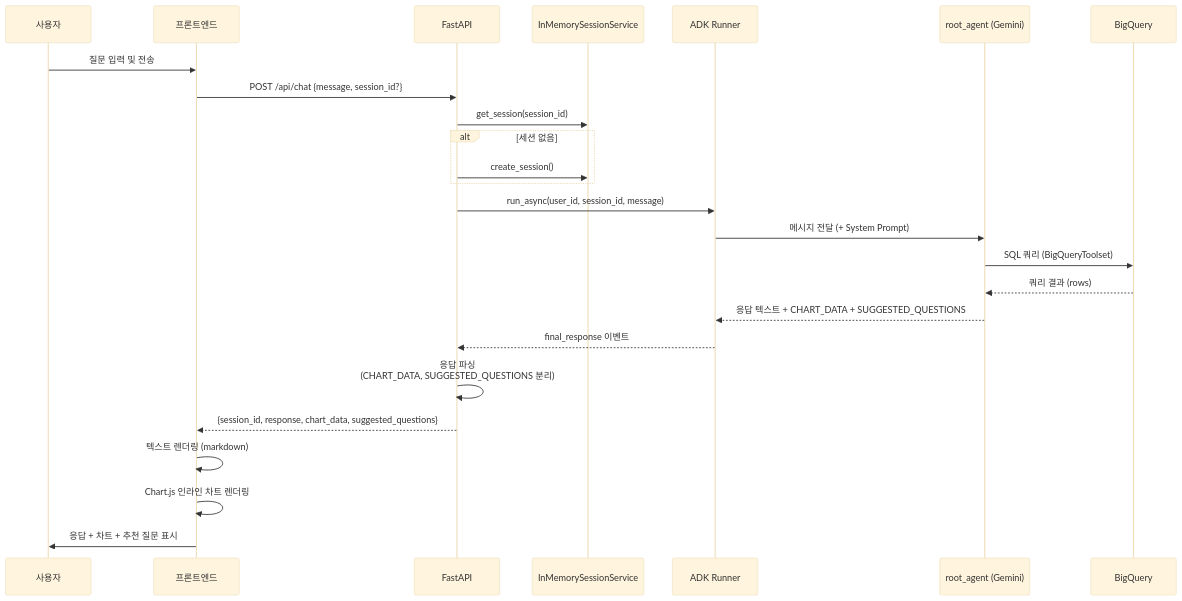
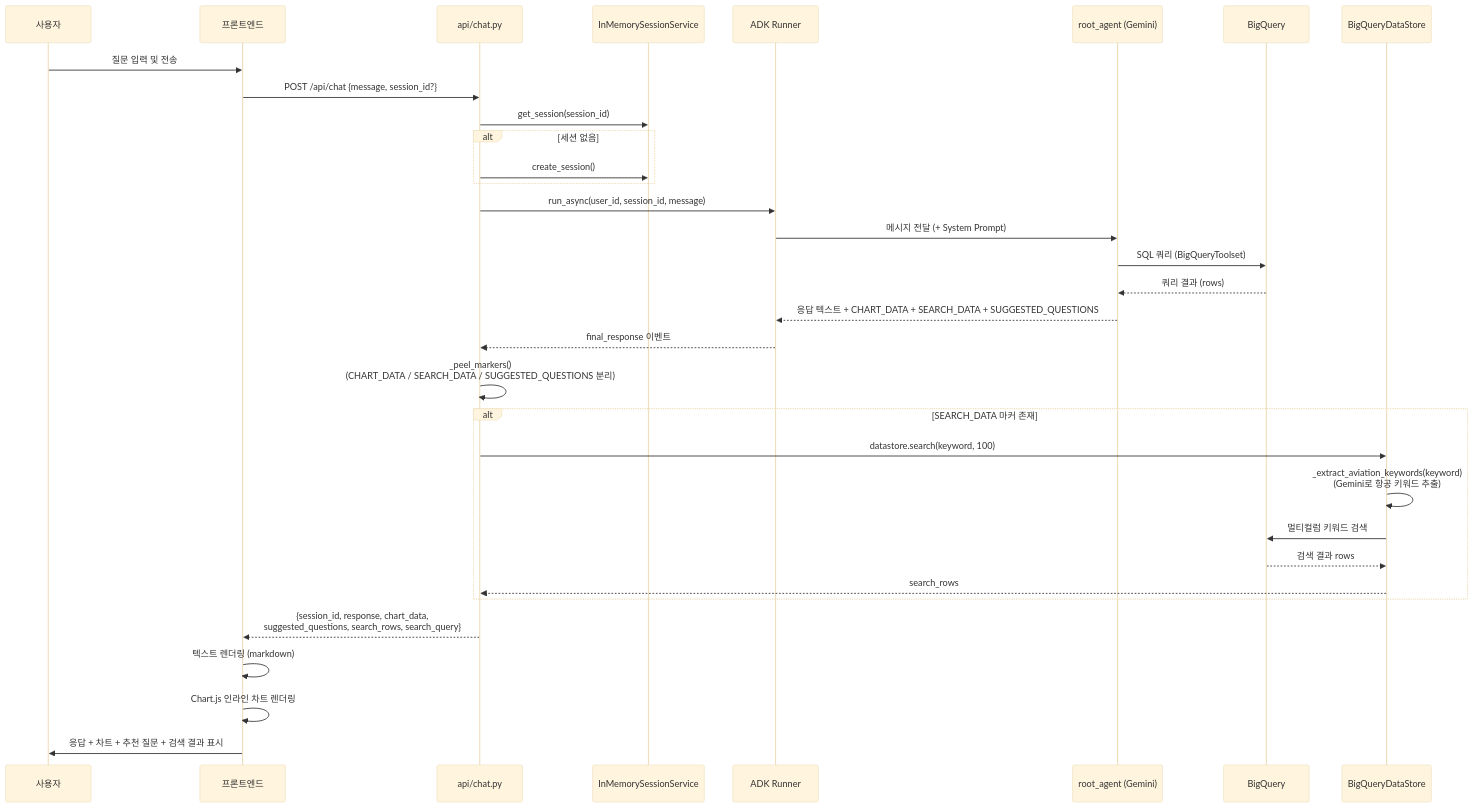
The second of 5 diagrams in ARCHITECTURE.md (seoeunbae/aircraft-intelligence-dashboard), drawn with Mermaid (base theme) before and after one commit. The commit also changed other lines of this file and 1 other file, not shown here.

Commit message:
docs : update architecture docs and guide to reflect layered architecture

````diff
--- a/ARCHITECTURE.md
+++ b/ARCHITECTURE.md
@@ -111,28 +116,36 @@
 ```mermaid
 sequenceDiagram
     participant U as 사용자
     participant FE as 프론트엔드
-    participant BE as FastAPI
+    participant BE as api/chat.py
     participant SS as InMemorySessionService
     participant Runner as ADK Runner
     participant Agent as root_agent (Gemini)
     participant BQ as BigQuery
+    participant DS as BigQueryDataStore
 
     U->>FE: 질문 입력 및 전송
     FE->>BE: POST /api/chat {message, session_id?}
     BE->>SS: get_session(session_id)
     alt 세션 없음
         BE->>SS: create_session()
     end
     BE->>Runner: run_async(user_id, session_id, message)
     Runner->>Agent: 메시지 전달 (+ System Prompt)
     Agent->>BQ: SQL 쿼리 (BigQueryToolset)
     BQ-->>Agent: 쿼리 결과 (rows)
-    Agent-->>Runner: 응답 텍스트 + CHART_DATA + SUGGESTED_QUESTIONS
+    Agent-->>Runner: 응답 텍스트 + CHART_DATA + SEARCH_DATA + SUGGESTED_QUESTIONS
     Runner-->>BE: final_response 이벤트
-    BE->>BE: 응답 파싱<br/>(CHART_DATA, SUGGESTED_QUESTIONS 분리)
-    BE-->>FE: {session_id, response, chart_data, suggested_questions}
+    BE->>BE: _peel_markers()<br/>(CHART_DATA / SEARCH_DATA / SUGGESTED_QUESTIONS 분리)
+    alt SEARCH_DATA 마커 존재
+        BE->>DS: datastore.search(keyword, 100)
+        DS->>DS: _extract_aviation_keywords(keyword)<br/>(Gemini로 항공 키워드 추출)
+        DS->>BQ: 멀티컬럼 키워드 검색
+        BQ-->>DS: 검색 결과 rows
+        DS-->>BE: search_rows
+    end
+    BE-->>FE: {session_id, response, chart_data,<br/>suggested_questions, search_rows, search_query}
     FE->>FE: 텍스트 렌더링 (markdown)
     FE->>FE: Chart.js 인라인 차트 렌더링
-    FE->>U: 응답 + 차트 + 추천 질문 표시
+    FE->>U: 응답 + 차트 + 추천 질문 + 검색 결과 표시
 ```
````
